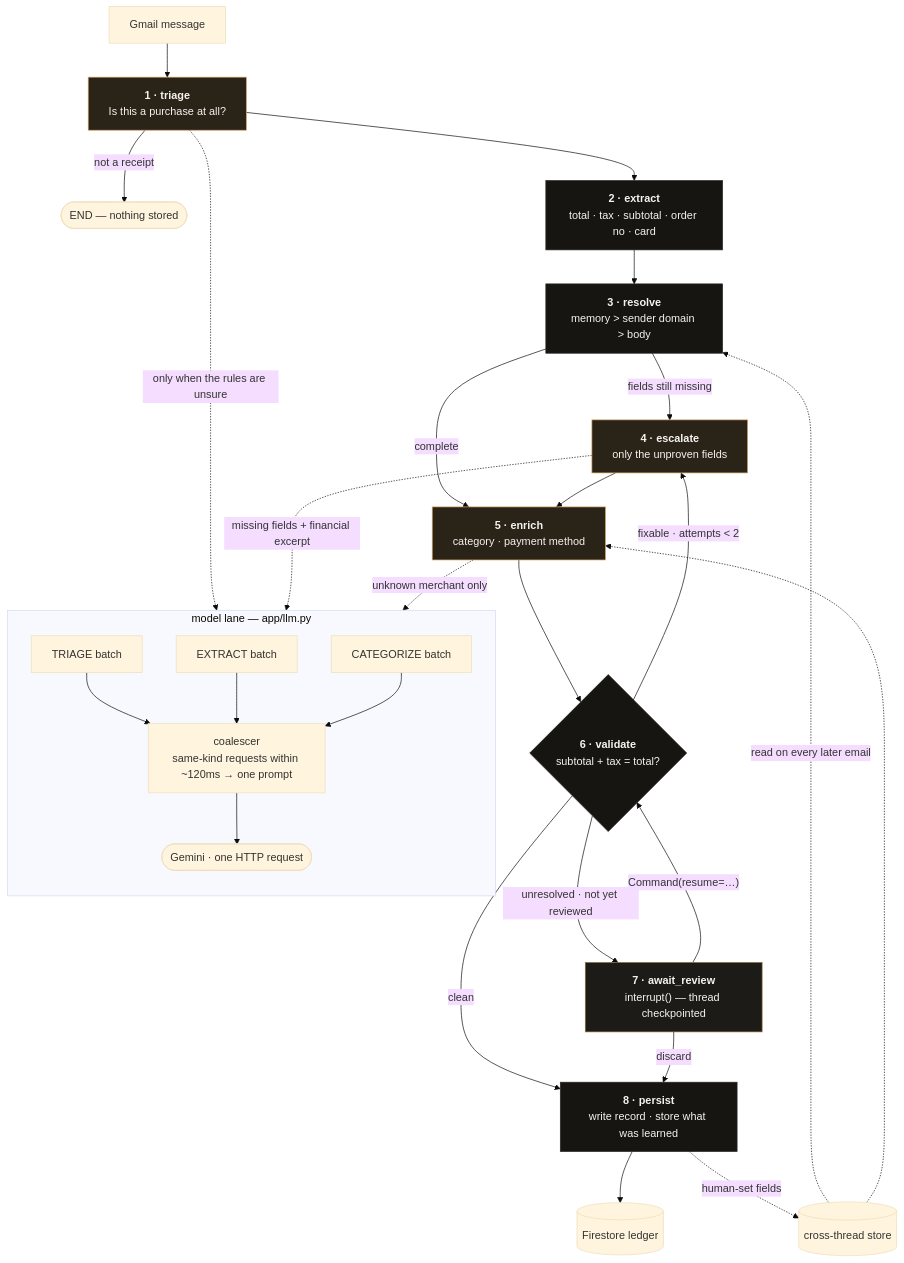
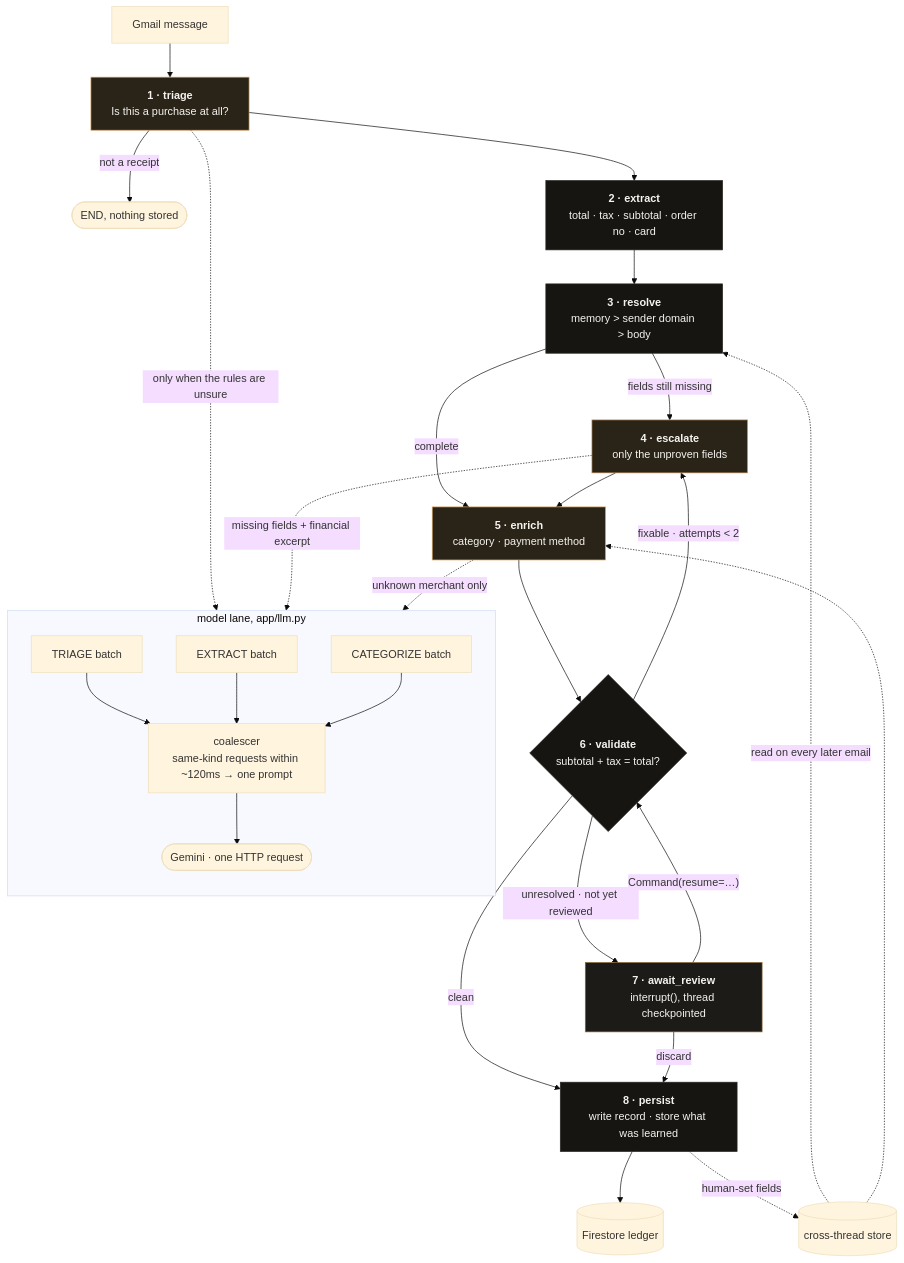
One commit to DavidL72Code/AutoTax changed the diagram in v2/docs/pipeline.md. Above: the diagram before and after it, drawn with Mermaid (base theme). The commit also changed other lines of this file and 54 other files, not shown here.

````diff
--- a/v2/docs/pipeline.md
+++ b/v2/docs/pipeline.md
@@ -6,59 +6,59 @@
 ```mermaid
 flowchart TD
     G["Gmail message"] --> T
 
     T["<b>1 · triage</b><br/>Is this a purchase at all?"]
-    T -- "not a receipt" --> X(["END — nothing stored"])
+    T -- "not a receipt" --> X(["END, nothing stored"])
     T --> E1
 
     E1["<b>2 · extract</b><br/>total · tax · subtotal · order no · card"]
     E1 --> R
 
     R["<b>3 · resolve</b><br/>memory &gt; sender domain &gt; body"]
     R -- "fields still missing" --> ESC
     R -- "complete" --> EN
 
     ESC["<b>4 · escalate</b><br/>only the unproven fields"]
     ESC --> EN
 
     EN["<b>5 · enrich</b><br/>category · payment method"]
     EN --> V
 
     V{"<b>6 · validate</b><br/>subtotal + tax = total?"}
     V -- "fixable · attempts &lt; 2" --> ESC
     V -- "unresolved · not yet reviewed" --> AR
     V -- "clean" --> P
 
-    AR["<b>7 · await_review</b><br/>interrupt() — thread checkpointed"]
+    AR["<b>7 · await_review</b><br/>interrupt(), thread checkpointed"]
     AR -- "Command(resume=…)" --> V
     AR -- "discard" --> P
 
     P["<b>8 · persist</b><br/>write record · store what was learned"]
     P --> DB[("Firestore ledger")]
     P -.->|"human-set fields"| ST[("cross-thread store")]
     ST -.->|"read on every later email"| R
     ST -.-> EN
 
-    subgraph MODEL ["model lane — app/llm.py"]
+    subgraph MODEL ["model lane, app/llm.py"]
         direction TB
         BT["TRIAGE batch"]
         BE["EXTRACT batch"]
         BC["CATEGORIZE batch"]
         C["coalescer<br/>same-kind requests within ~120ms → one prompt"]
         BT --> C
         BE --> C
         BC --> C
         C --> GEM(["Gemini · one HTTP request"])
     end
 
     T -.->|"only when the rules are unsure"| BT
     ESC -.->|"missing fields + financial excerpt"| BE
     EN -.->|"unknown merchant only"| BC
 
     classDef ai fill:#2a2318,stroke:#d6a15e,color:#f5f3ef;
     classDef plain fill:#161512,stroke:#2a2823,color:#f5f3ef;
     classDef pause fill:#1c1b17,stroke:#8a6634,color:#f5f3ef;
     class T,ESC,EN ai;
     class E1,R,V,P plain;
     class AR pause;
 ```
````
